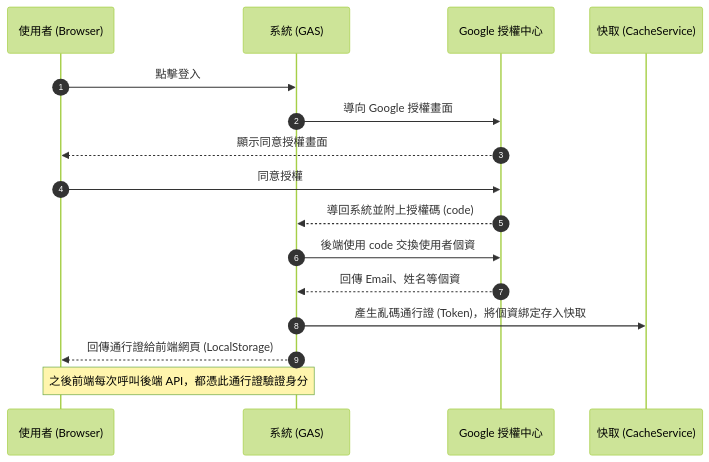
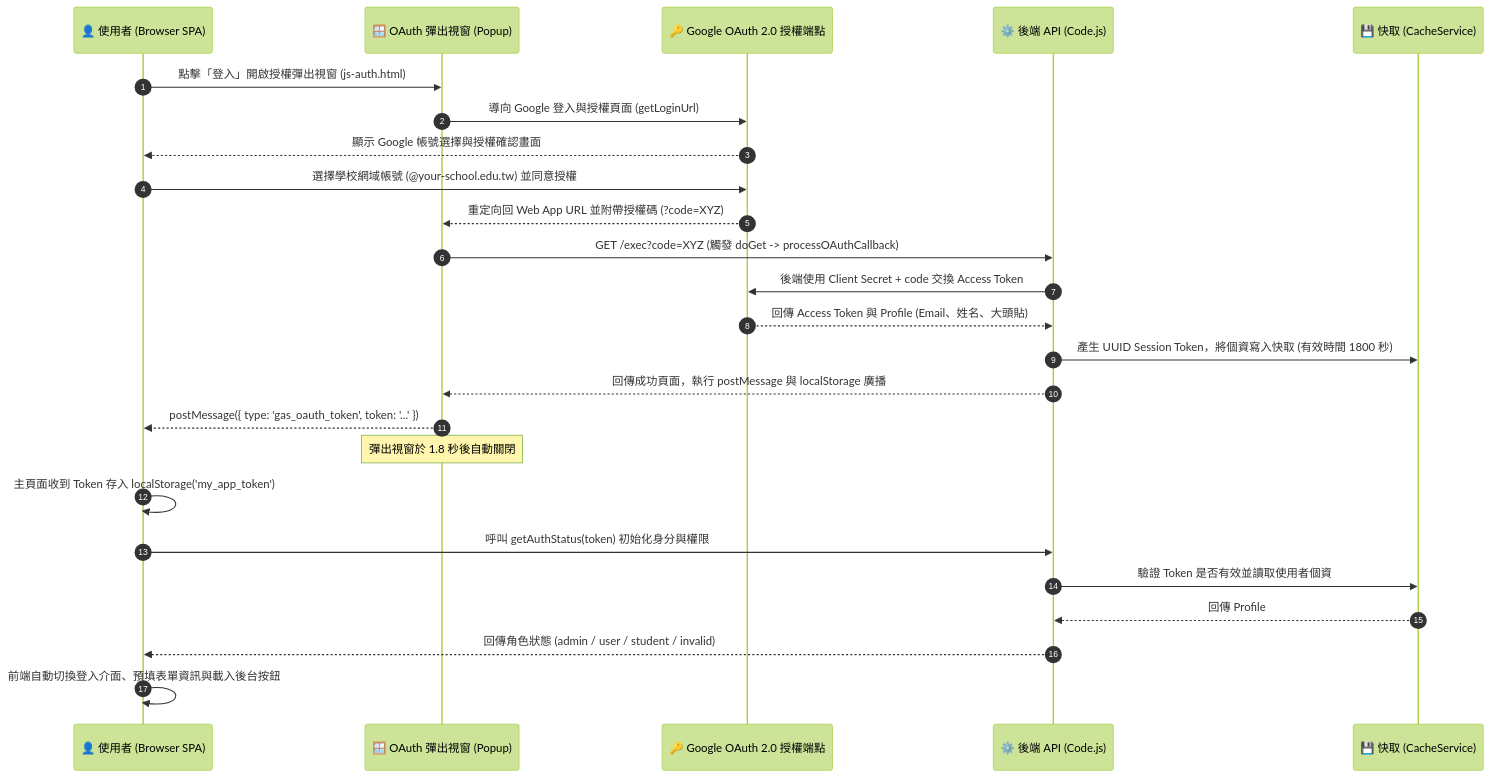
Before and after one commit to SamnPhysics/scienceprocurement: the second of 2 diagrams in OAuth2_GuideLine.md, drawn with Mermaid (forest theme). The commit also changed other lines of this file and 23 other files, not shown here.

````diff
--- a/OAuth2_GuideLine.md
+++ b/OAuth2_GuideLine.md
@@ -55,19 +56,28 @@
 ```mermaid
 sequenceDiagram
     autonumber
-    participant U as 使用者 (Browser)
-    participant GAS as 系統 (GAS)
-    participant G as Google 授權中心
-    participant C as 快取 (CacheService)
+    participant U as 👤 使用者 (Browser SPA)
+    participant P as 🪟 OAuth 彈出視窗 (Popup)
+    participant G as 🔑 Google OAuth 2.0 授權端點
+    participant GAS as ⚙️ 後端 API (Code.js)
+    participant C as 💾 快取 (CacheService)
 
-    U->>GAS: 點擊登入
-    GAS->>G: 導向 Google 授權畫面
-    G-->>U: 顯示同意授權畫面
-    U->>G: 同意授權
-    G-->>GAS: 導回系統並附上授權碼 (code)
-    GAS->>G: 後端使用 code 交換使用者個資
-    G-->>GAS: 回傳 Email、姓名等個資
-    GAS->>C: 產生亂碼通行證 (Token)，將個資綁定存入快取
-    GAS-->>U: 回傳通行證給前端網頁 (LocalStorage)
-    Note over U,GAS: 之後前端每次呼叫後端 API，都憑此通行證驗證身分
+    U->>P: 點擊「登入」開啟授權彈出視窗 (js-auth.html)
+    P->>G: 導向 Google 登入與授權頁面 (getLoginUrl)
+    G-->>U: 顯示 Google 帳號選擇與授權確認畫面
+    U->>G: 選擇學校網域帳號 (@your-school.edu.tw) 並同意授權
+    G-->>P: 重定向回 Web App URL 並附帶授權碼 (?code=XYZ)
+    P->>GAS: GET /exec?code=XYZ (觸發 doGet -> processOAuthCallback)
+    GAS->>G: 後端使用 Client Secret + code 交換 Access Token
+    G-->>GAS: 回傳 Access Token 與 Profile (Email、姓名、大頭貼)
+    GAS->>C: 產生 UUID Session Token，將個資寫入快取 (有效時間 1800 秒)
+    GAS-->>P: 回傳成功頁面，執行 postMessage 與 localStorage 廣播
+    P-->>U: postMessage({ type: 'gas_oauth_token', token: '...' })
+    Note over P: 彈出視窗於 1.8 秒後自動關閉
+    U->>U: 主頁面收到 Token 存入 localStorage('my_app_token')
+    U->>GAS: 呼叫 getAuthStatus(token) 初始化身分與權限
+    GAS->>C: 驗證 Token 是否有效並讀取使用者個資
+    C-->>GAS: 回傳 Profile
+    GAS-->>U: 回傳角色狀態 (admin / user / student / invalid)
+    U->>U: 前端自動切換登入介面、預填表單資訊與載入後台按鈕
 ```
````
